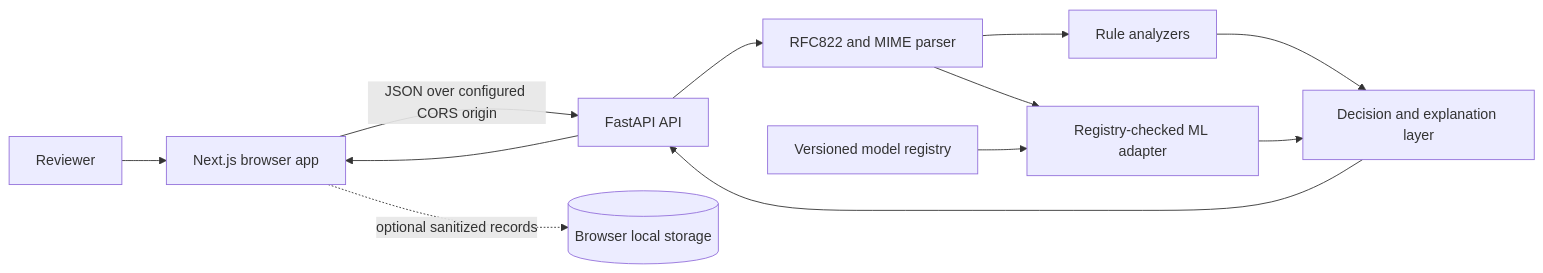
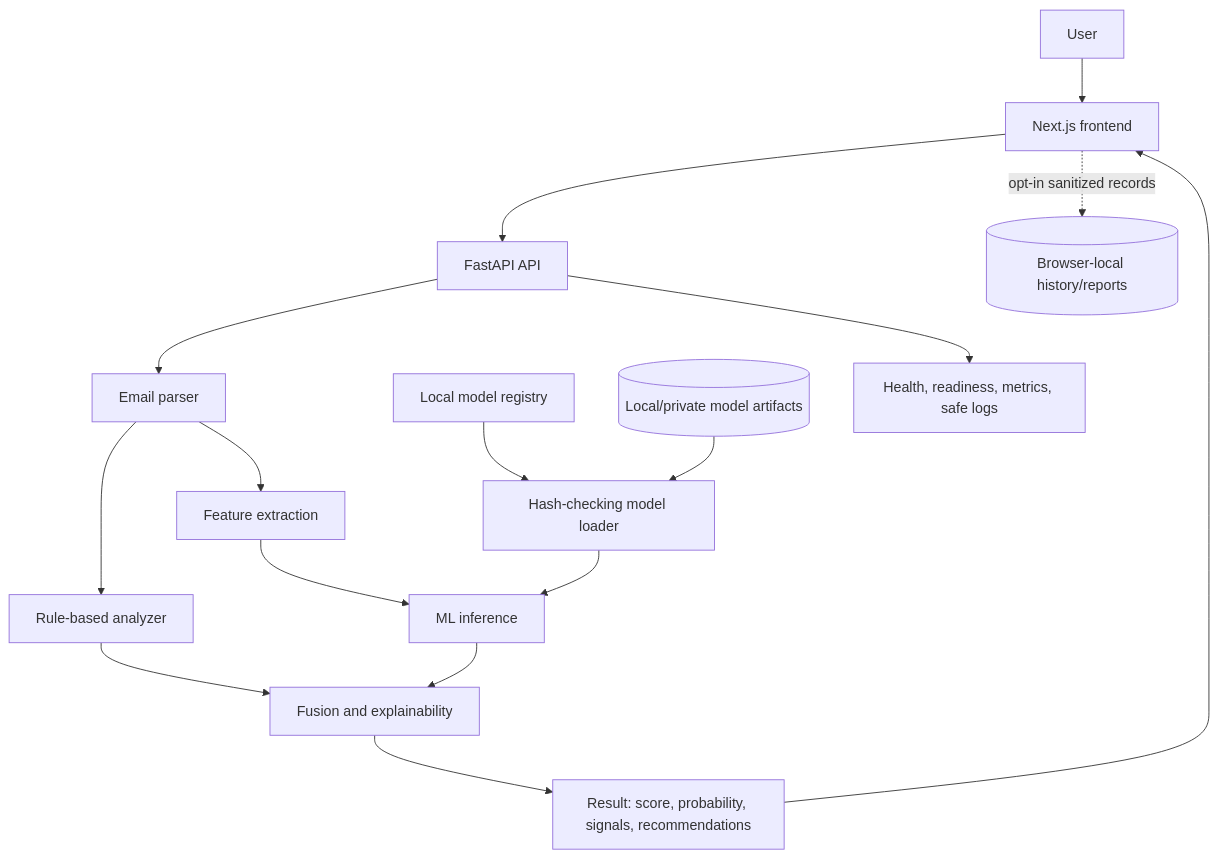
The first of 3 diagrams in docs/ARCHITECTURE.md (Nitin-Polistya/phishphage-ai), drawn with Mermaid before and after one commit. The commit also changed other lines of this file and 11 other files, not shown here.

````diff
--- a/docs/ARCHITECTURE.md
+++ b/docs/ARCHITECTURE.md
@@ -7,14 +9,19 @@
 ```mermaid
-flowchart LR
-  person[Reviewer] --> browser[Next.js browser app]
-  browser -->|JSON over configured CORS origin| api[FastAPI API]
-  api --> parser[RFC822 and MIME parser]
-  parser --> rules[Rule analyzers]
-  parser --> model[Registry-checked ML adapter]
-  rules --> fusion[Decision and explanation layer]
-  model --> fusion
-  fusion --> api
-  api --> browser
-  browser -. optional sanitized records .-> storage[(Browser local storage)]
-  registry[Versioned model registry] --> model
+flowchart TD
+    user[User] --> web[Next.js frontend]
+    web --> api[FastAPI API]
+    api --> parser[Email parser]
+    parser --> rules[Rule-based analyzer]
+    parser --> features[Feature extraction]
+    features --> ml[ML inference]
+    rules --> fusion[Fusion and explainability]
+    ml --> fusion
+    fusion --> result[Result: score, probability, signals, recommendations]
+    result --> web
+
+    registry[Local model registry] --> loader[Hash-checking model loader]
+    loader --> ml
+    localArtifacts[(Local/private model artifacts)] --> loader
+    api --> ops[Health, readiness, metrics, safe logs]
+    web -. opt-in sanitized records .-> history[(Browser-local history/reports)]
 ```
````
